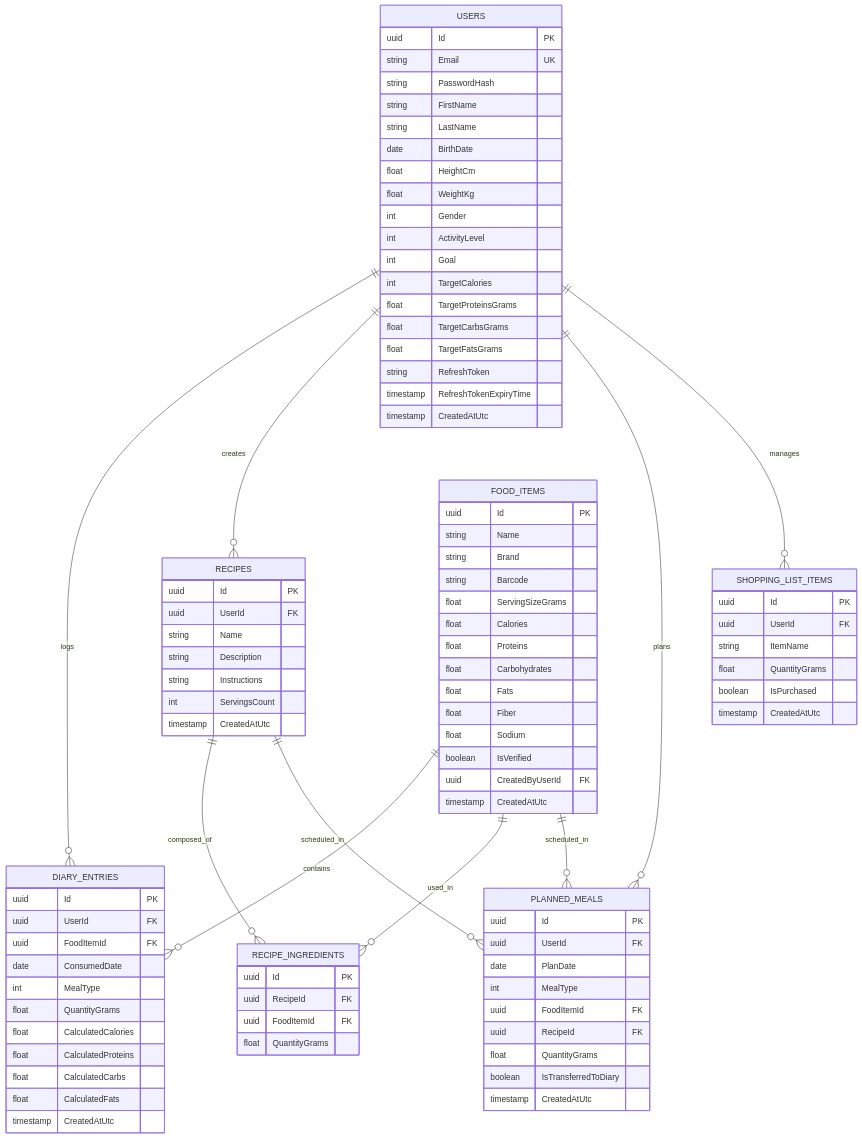
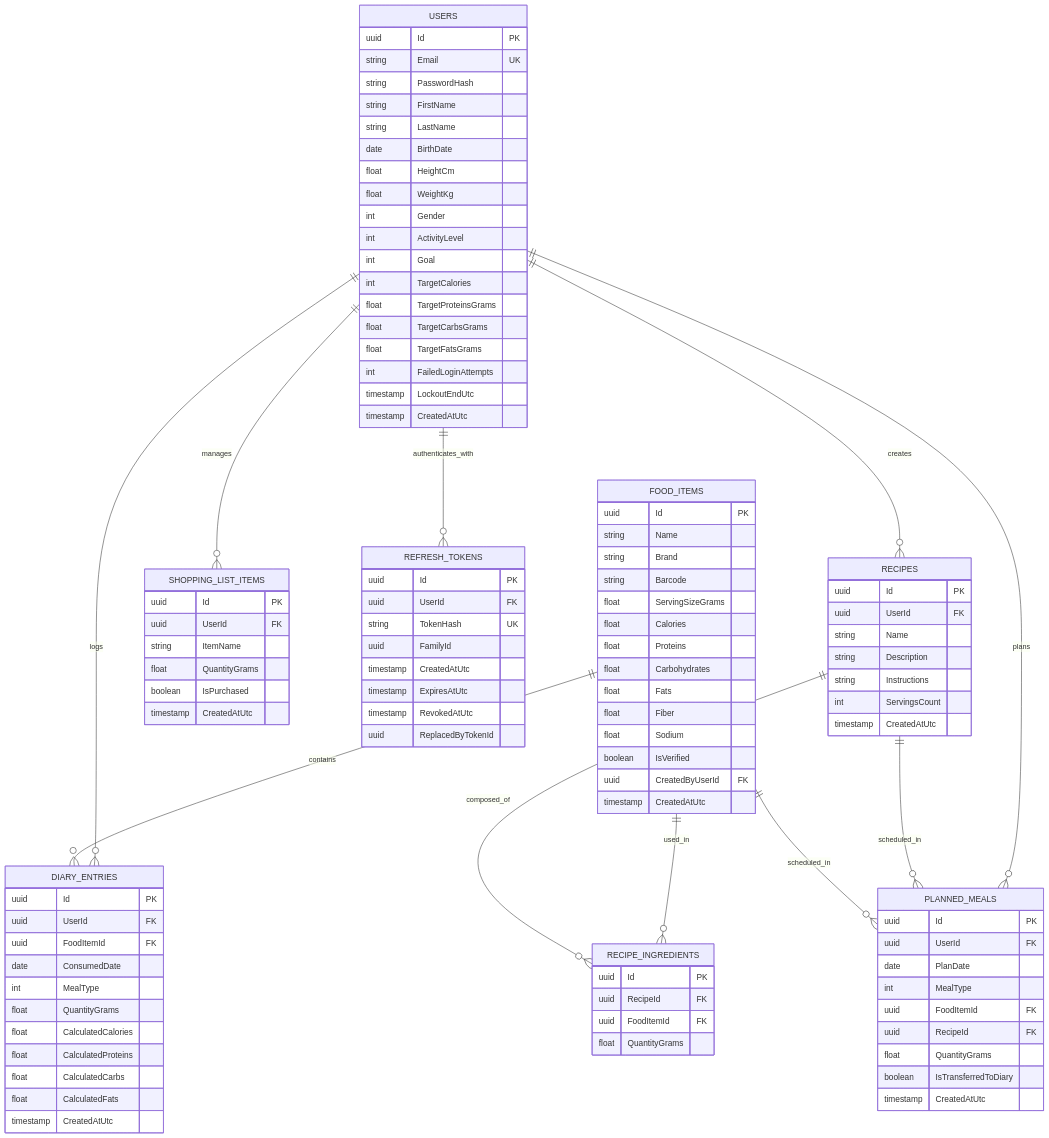
Before and after one commit to muxxq/Nutritional-Tracking-with-OCR: the second of 4 diagrams in aplicatie/docs/architecture_and_contracts.md, drawn with Mermaid. The commit also changed other lines of this file and 2 other files, not shown here.

Commit message:
docs: add ADR-002, auth sequence diagram and sprint 2 notes

```diff
--- a/aplicatie/docs/architecture_and_contracts.md
+++ b/aplicatie/docs/architecture_and_contracts.md
@@ -60,6 +60,7 @@
     USERS ||--o{ RECIPES : creates
     USERS ||--o{ PLANNED_MEALS : plans
     USERS ||--o{ SHOPPING_LIST_ITEMS : manages
+    USERS ||--o{ REFRESH_TOKENS : authenticates_with
     FOOD_ITEMS ||--o{ DIARY_ENTRIES : contains
     FOOD_ITEMS ||--o{ RECIPE_INGREDIENTS : used_in
     RECIPES ||--o{ RECIPE_INGREDIENTS : composed_of
@@ -82,9 +83,20 @@
         float TargetProteinsGrams
         float TargetCarbsGrams
         float TargetFatsGrams
-        string RefreshToken
-        timestamp RefreshTokenExpiryTime
+        int FailedLoginAttempts
+        timestamp LockoutEndUtc
         timestamp CreatedAtUtc
+    }
+
+    REFRESH_TOKENS {
+        uuid Id PK
+        uuid UserId FK
+        string TokenHash UK
+        uuid FamilyId
+        timestamp CreatedAtUtc
+        timestamp ExpiresAtUtc
+        timestamp RevokedAtUtc
+        uuid ReplacedByTokenId
     }
 
     FOOD_ITEMS {
```
